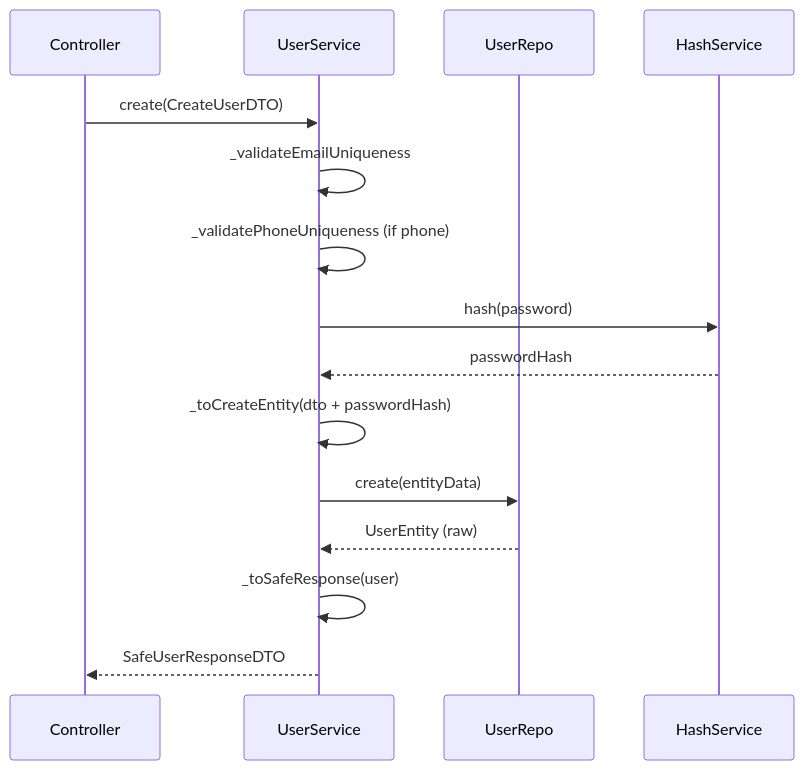
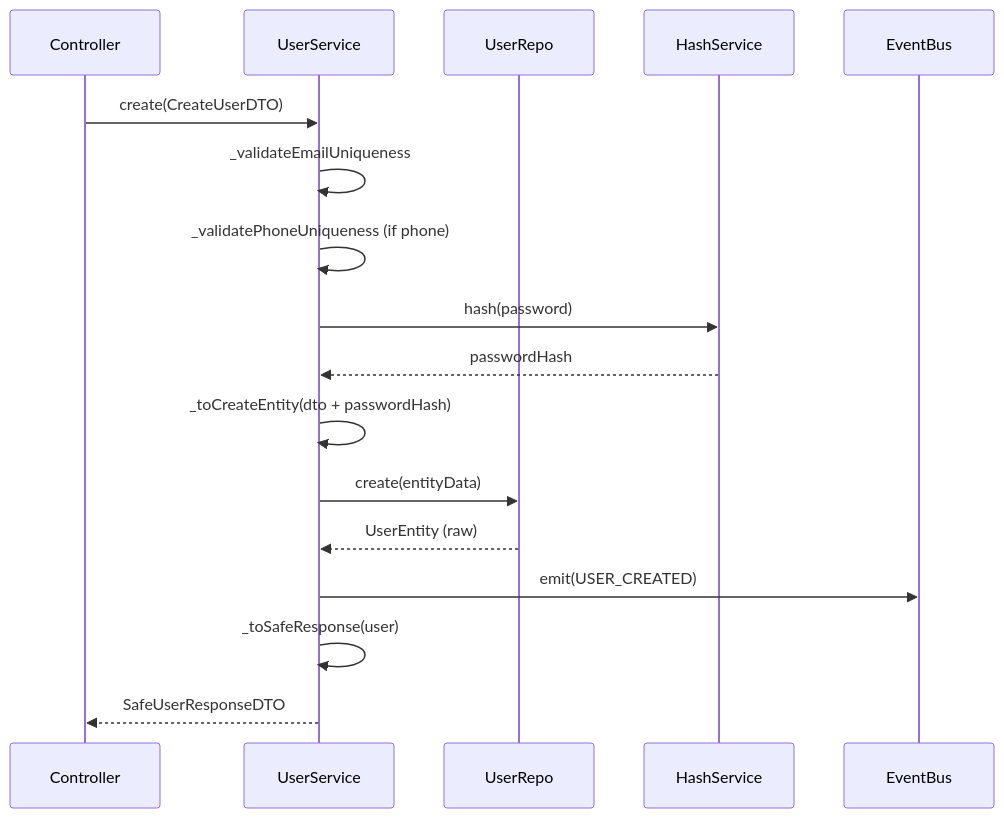
Before and after one commit to SangHynh/atomecom: the second of 5 diagrams in server/src/modules/users/README.md, drawn with Mermaid. The commit also changed other lines of this file and 35 other files, not shown here.

First line of the commit message:
refactor: enhance project architecture, security, and error handling

````diff
--- a/server/src/modules/users/README.md
+++ b/server/src/modules/users/README.md
@@ -67,18 +70,20 @@
 ```mermaid
 sequenceDiagram
     participant C as Controller
     participant S as UserService
     participant R as UserRepo
     participant H as HashService
+    participant EB as EventBus
 
     C->>S: create(CreateUserDTO)
     S->>S: _validateEmailUniqueness
     S->>S: _validatePhoneUniqueness (if phone)
     S->>H: hash(password)
     H-->>S: passwordHash
     S->>S: _toCreateEntity(dto + passwordHash)
     S->>R: create(entityData)
     R-->>S: UserEntity (raw)
+    S->>EB: emit(USER_CREATED)
     S->>S: _toSafeResponse(user)
     S-->>C: SafeUserResponseDTO
 ```
````
